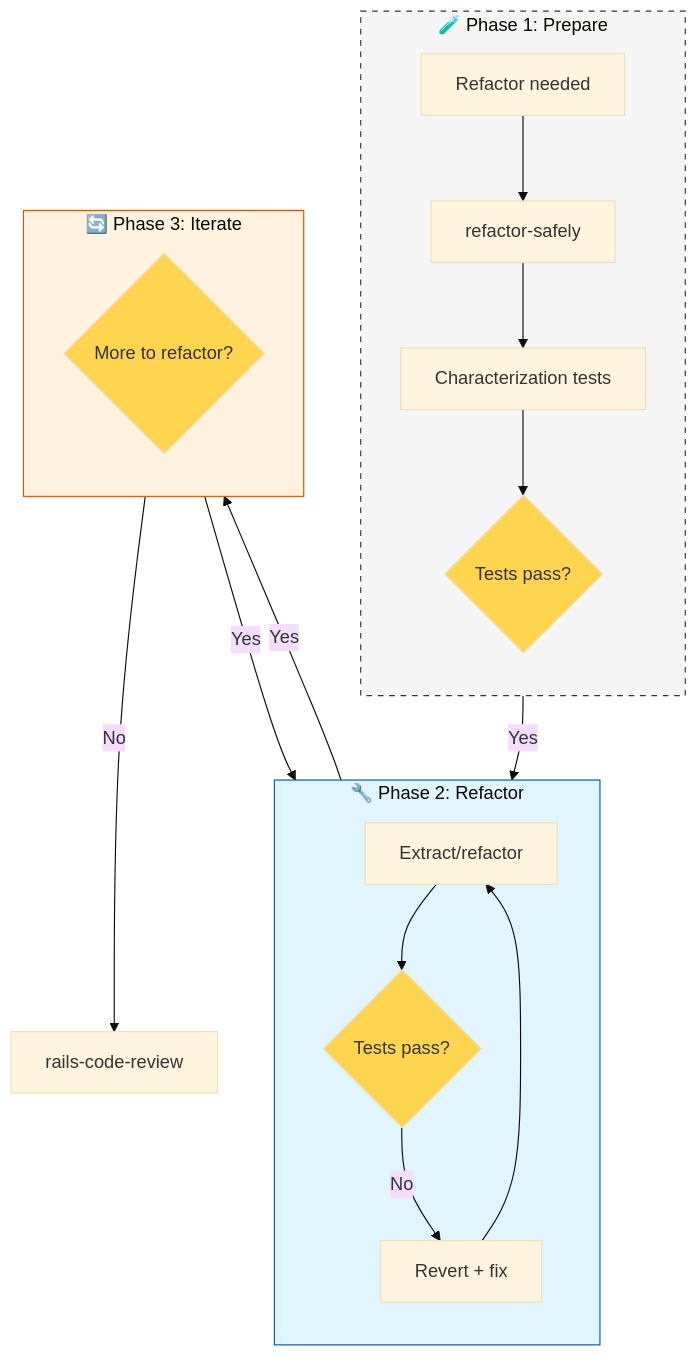
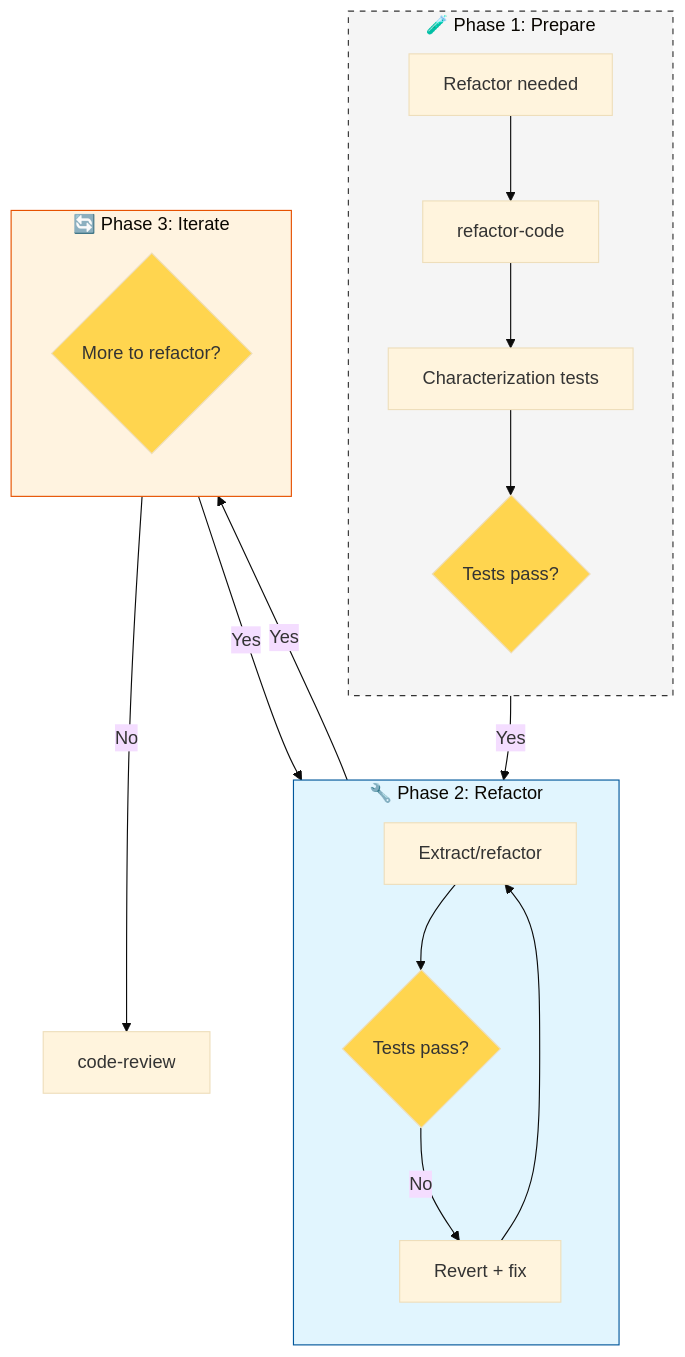
One commit to igmarin/my-RoR-personal-skills changed the diagram in docs/workflows/quality.md. Above: the diagram before and after it, drawn with Mermaid (base theme). The commit also changed other lines of this file and 295 other files, not shown here.

First line of the commit message:
Refactor names flows (#57)

````diff
--- a/docs/workflows/quality.md
+++ b/docs/workflows/quality.md
@@ -9,33 +9,33 @@
 ```mermaid
 graph TB
     subgraph Prepare [🧪 Phase 1: Prepare]
         direction TB
-        A[Refactor needed] --> B[refactor-safely]
+        A[Refactor needed] --> B[refactor-code]
         B --> C[Characterization tests]
         C --> D{Tests pass?}
     end
 
     subgraph Refactor [🔧 Phase 2: Refactor]
         direction TB
         D -- Yes --> E[Extract/refactor]
         E --> F{Tests pass?}
         F -- No --> G[Revert + fix]
         G --> E
     end
 
     subgraph Iterate [🔄 Phase 3: Iterate]
         direction TB
         F -- Yes --> H{More to refactor?}
         H -- Yes --> E
     end
 
-    H -- No --> I[rails-code-review]
+    H -- No --> I[code-review]
 
     %% Styling
     style Prepare fill:#f5f5f5,stroke:#333,stroke-dasharray: 5 5
     style Refactor fill:#e1f5fe,stroke:#01579b
     style Iterate fill:#fff3e0,stroke:#e65100
     style D fill:#ffd54f
     style F fill:#ffd54f
     style H fill:#ffd54f
 ```
````
